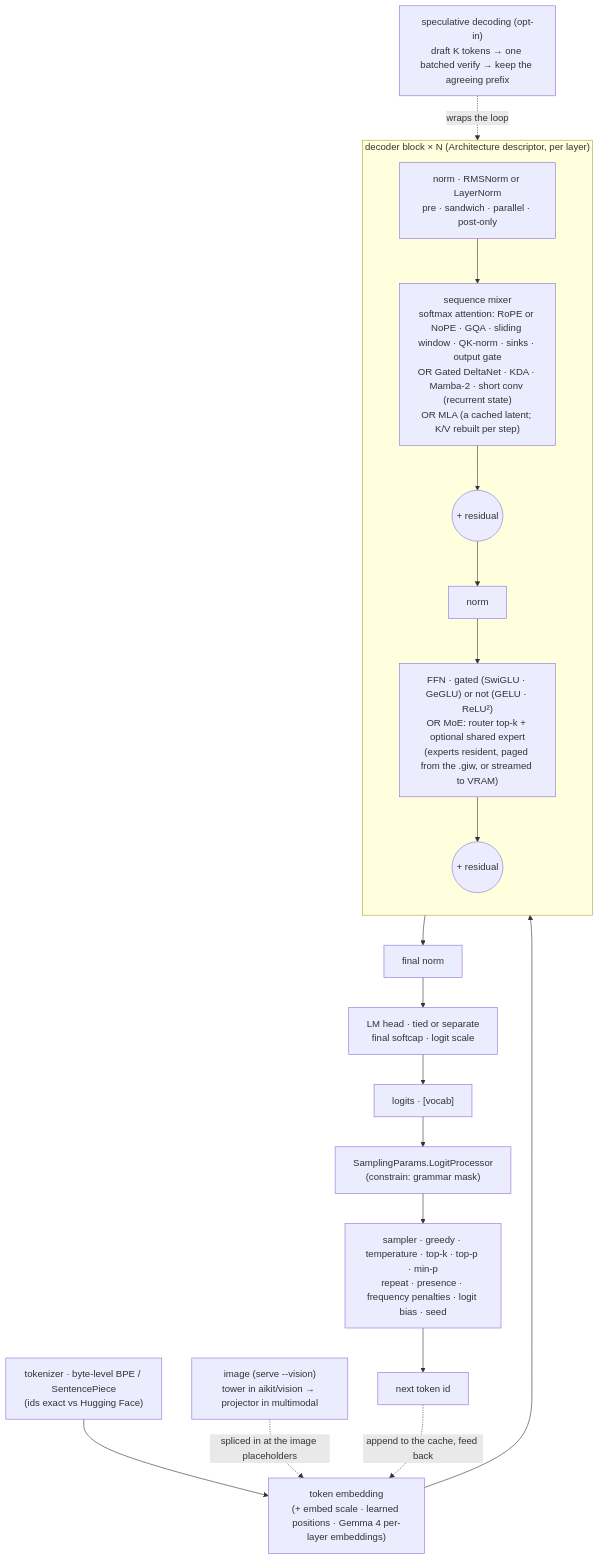
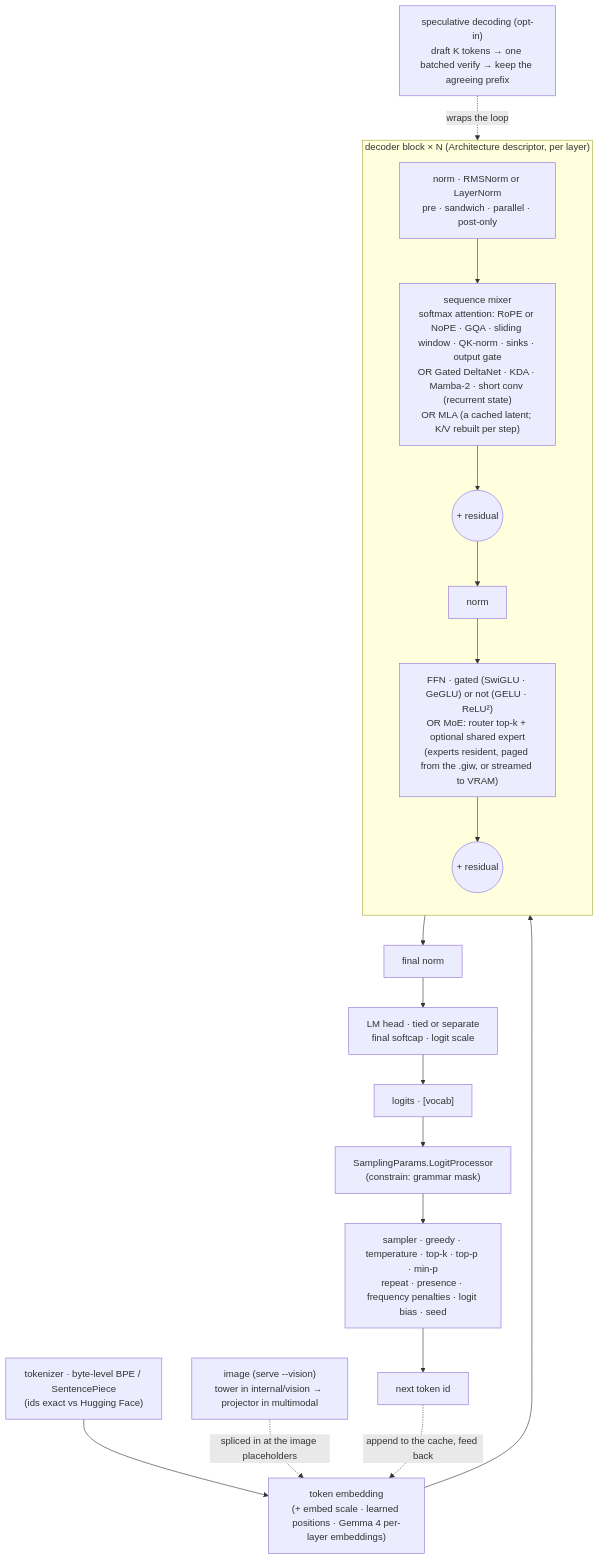
Before and after one commit to townsendmerino/goinfer: the second of 4 diagrams in docs/ARCHITECTURE.md, drawn with Mermaid. The commit also changed other lines of this file and 6 other files, not shown here.

First line of the commit message:
AX2b: the invoice example and the agent demo load their towers through multimodal, not an internal package

````diff
--- a/docs/ARCHITECTURE.md
+++ b/docs/ARCHITECTURE.md
@@ -190,20 +190,20 @@
 ```mermaid
 flowchart TB
   TOK["tokenizer · byte-level BPE / SentencePiece<br/>(ids exact vs Hugging Face)"] --> EMB["token embedding<br/>(+ embed scale · learned positions · Gemma 4 per-layer embeddings)"]
-  IMG["image (serve --vision)<br/>tower in aikit/vision → projector in multimodal"] -. "spliced in at the image placeholders" .-> EMB
+  IMG["image (serve --vision)<br/>tower in internal/vision → projector in multimodal"] -. "spliced in at the image placeholders" .-> EMB
   EMB --> BLK
   subgraph BLK["decoder block × N  (Architecture descriptor, per layer)"]
     direction TB
     N1["norm · RMSNorm or LayerNorm<br/>pre · sandwich · parallel · post-only"] --> MIX["sequence mixer<br/>softmax attention: RoPE or NoPE · GQA · sliding window · QK-norm · sinks · output gate<br/>OR Gated DeltaNet · KDA · Mamba-2 · short conv (recurrent state)<br/>OR MLA (a cached latent; K/V rebuilt per step)"]
     MIX --> R1(("+ residual"))
     R1 --> N2["norm"] --> FFN["FFN · gated (SwiGLU · GeGLU) or not (GELU · ReLU²)<br/>OR MoE: router top-k + optional shared expert<br/>(experts resident, paged from the .giw, or streamed to VRAM)"]
     FFN --> R2(("+ residual"))
   end
   BLK --> FN["final norm"] --> HEAD["LM head · tied or separate<br/>final softcap · logit scale"]
   HEAD --> LOG["logits · [vocab]"]
   LOG --> PROC["SamplingParams.LogitProcessor<br/>(constrain: grammar mask)"]
   PROC --> SMP["sampler · greedy · temperature · top-k · top-p · min-p<br/>repeat · presence · frequency penalties · logit bias · seed"]
   SMP --> NXT["next token id"]
   NXT -. "append to the cache, feed back" .-> EMB
   SPEC["speculative decoding (opt-in)<br/>draft K tokens → one batched verify → keep the agreeing prefix"] -. "wraps the loop" .-> BLK
 ```
````
